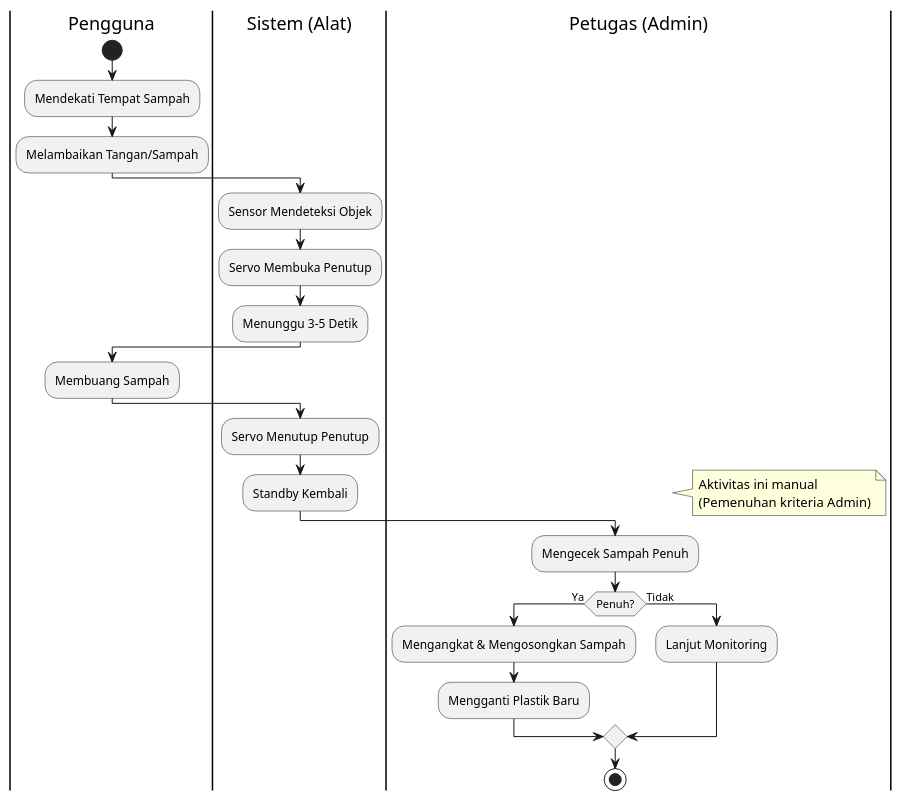
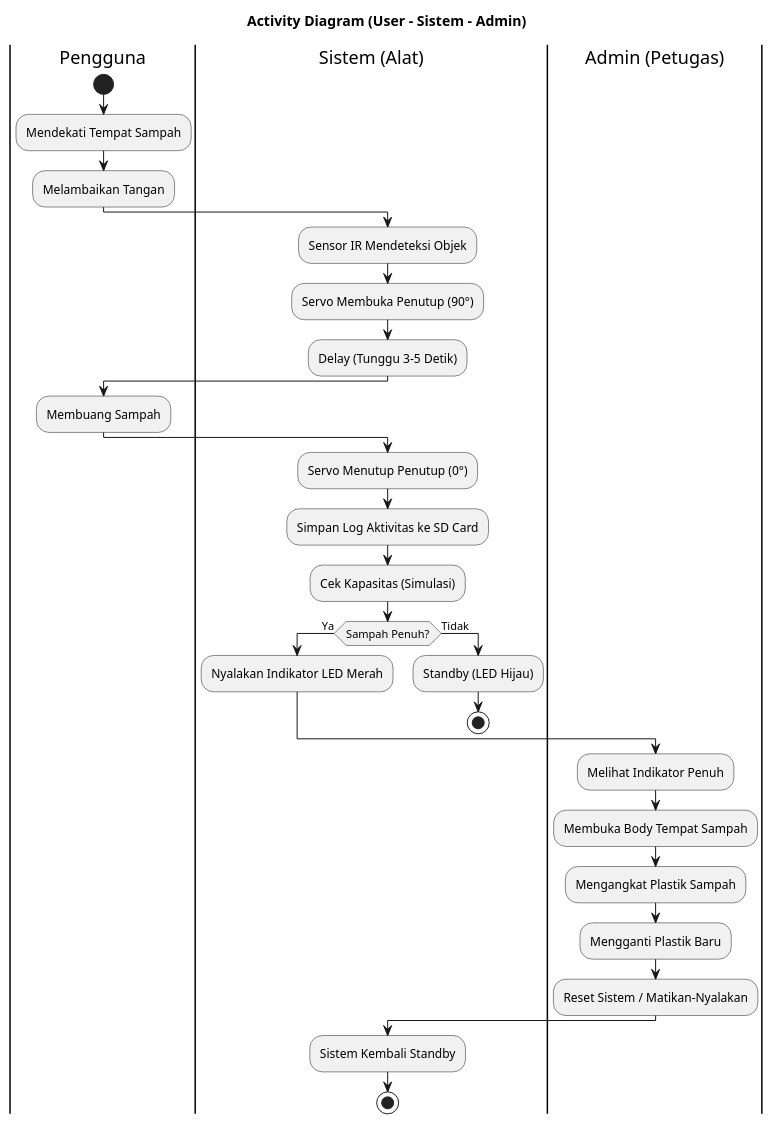
One commit to C-PPAW-TI503P-2025/PROJECT_KELOMPOK-2_INFRARED changed the diagram in diagram/activitydiagram.puml. Above: the diagram before and after it, drawn with PlantUML.

Commit message:
update activity diagram

```diff
--- a/diagram/activitydiagram.puml
+++ b/diagram/activitydiagram.puml
@@ -1,33 +1,40 @@
 @startuml
+title Activity Diagram (User - Sistem - Admin)
+
 |Pengguna|
 start
 :Mendekati Tempat Sampah;
-:Melambaikan Tangan/Sampah;
+:Melambaikan Tangan;
 
 |Sistem (Alat)|
-:Sensor Mendeteksi Objek;
-:Servo Membuka Penutup;
-:Menunggu 3-5 Detik;
+:Sensor IR Mendeteksi Objek;
+:Servo Membuka Penutup (90°);
+:Delay (Tunggu 3-5 Detik);
 
 |Pengguna|
 :Membuang Sampah;
 
 |Sistem (Alat)|
-:Servo Menutup Penutup;
-:Standby Kembali;
+:Servo Menutup Penutup (0°);
+:Simpan Log Aktivitas ke SD Card;
+:Cek Kapasitas (Simulasi);
 
-|Petugas (Admin)|
-note right
-  Aktivitas ini manual
-  (Pemenuhan kriteria Admin)
-end note
-:Mengecek Sampah Penuh;
-if (Penuh?) then (Ya)
-  :Mengangkat & Mengosongkan Sampah;
-  :Mengganti Plastik Baru;
+if (Sampah Penuh?) then (Ya)
+  :Nyalakan Indikator LED Merah;
 else (Tidak)
-  :Lanjut Monitoring;
+  :Standby (LED Hijau);
+  stop
 endif
+
+|Admin (Petugas)|
+:Melihat Indikator Penuh;
+:Membuka Body Tempat Sampah;
+:Mengangkat Plastik Sampah;
+:Mengganti Plastik Baru;
+:Reset Sistem / Matikan-Nyalakan;
+
+|Sistem (Alat)|
+:Sistem Kembali Standby;
 
 stop
 @enduml
```
